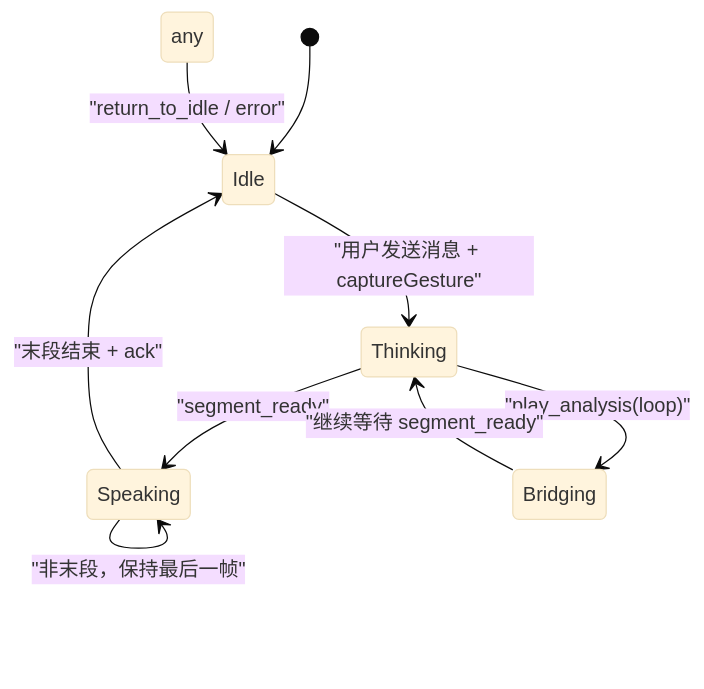
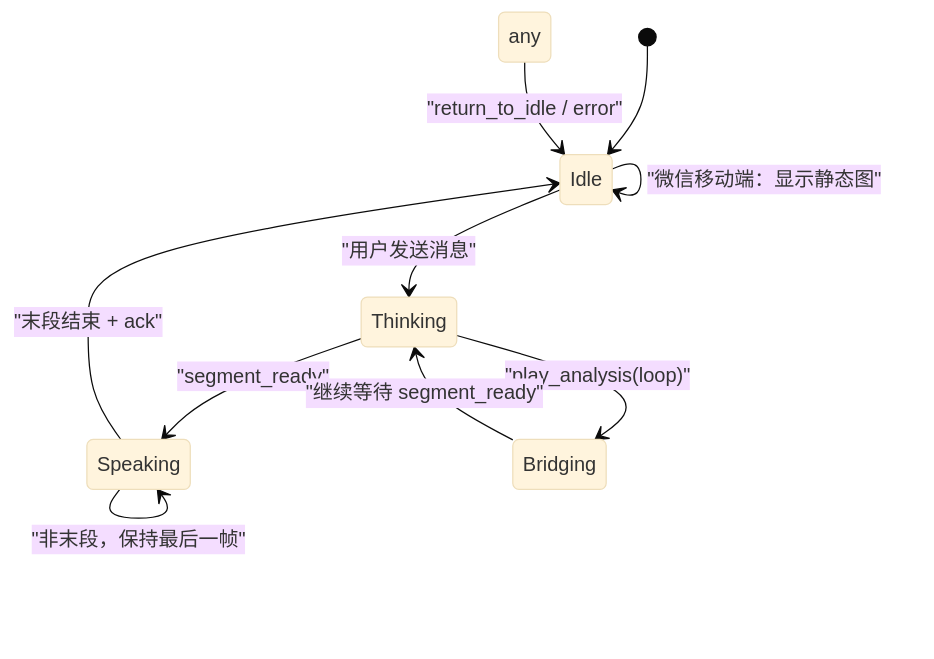
The fourth of 5 diagrams in .qoder/repowiki/zh/content/系统架构/前端应用架构/虚拟形象系统.md (leo21cn/real-time-talk), drawn with Mermaid (base theme) before and after one commit. The commit also changed other lines of this file and 21 other files, not shown here.

````diff
--- a/.qoder/repowiki/zh/content/系统架构/前端应用架构/虚拟形象系统.md
+++ b/.qoder/repowiki/zh/content/系统架构/前端应用架构/虚拟形象系统.md
@@ -203,11 +292,12 @@
 ```mermaid
 stateDiagram-v2
 [*] --> Idle
-Idle --> Thinking : "用户发送消息 + captureGesture"
+Idle --> Thinking : "用户发送消息"
 Thinking --> Speaking : "segment_ready"
 Speaking --> Idle : "末段结束 + ack"
 Speaking --> Speaking : "非末段，保持最后一帧"
 Thinking --> Bridging : "play_analysis(loop)"
 Bridging --> Thinking : "继续等待 segment_ready"
 any --> Idle : "return_to_idle / error"
+Idle --> Idle : "微信移动端：显示静态图"
 ```
````
